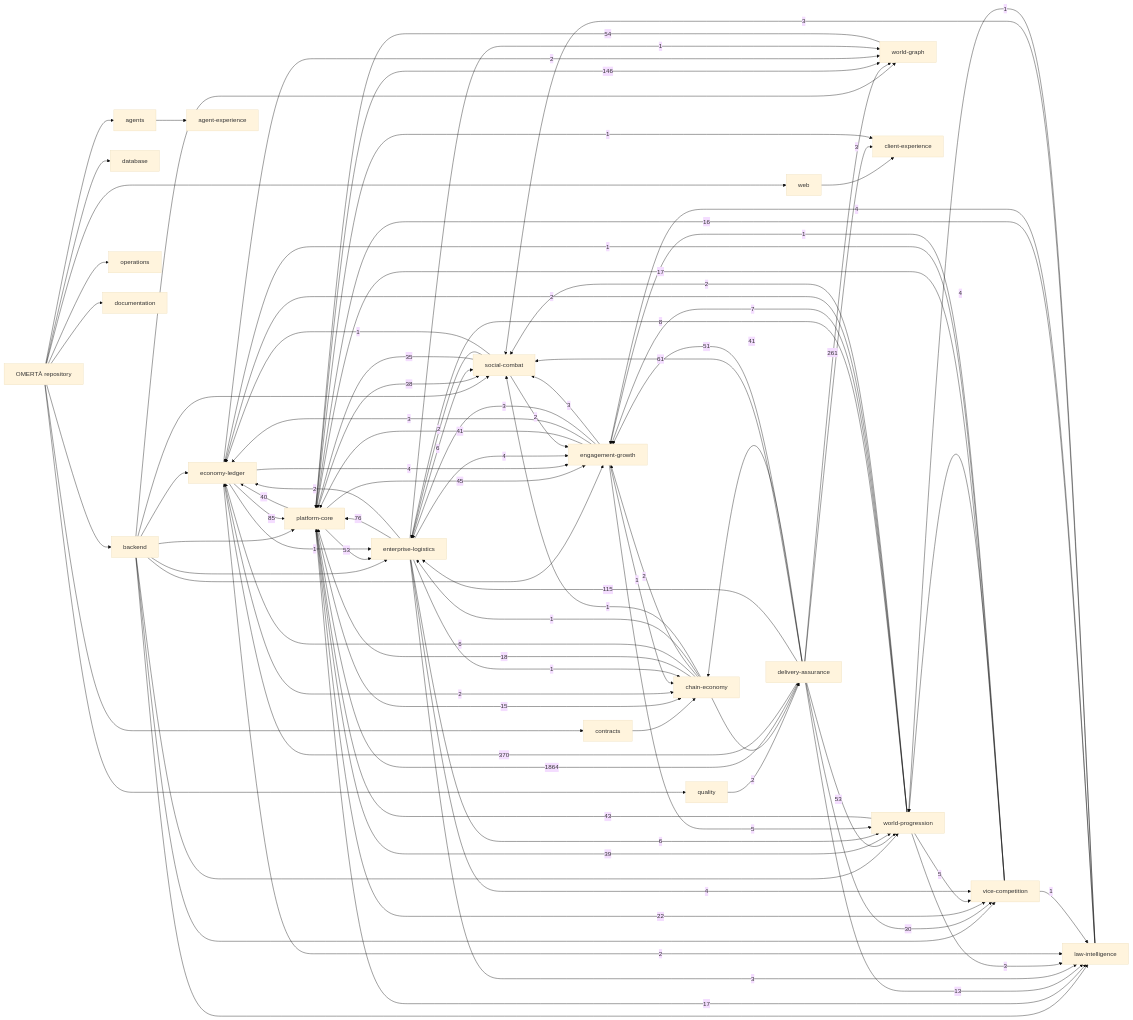
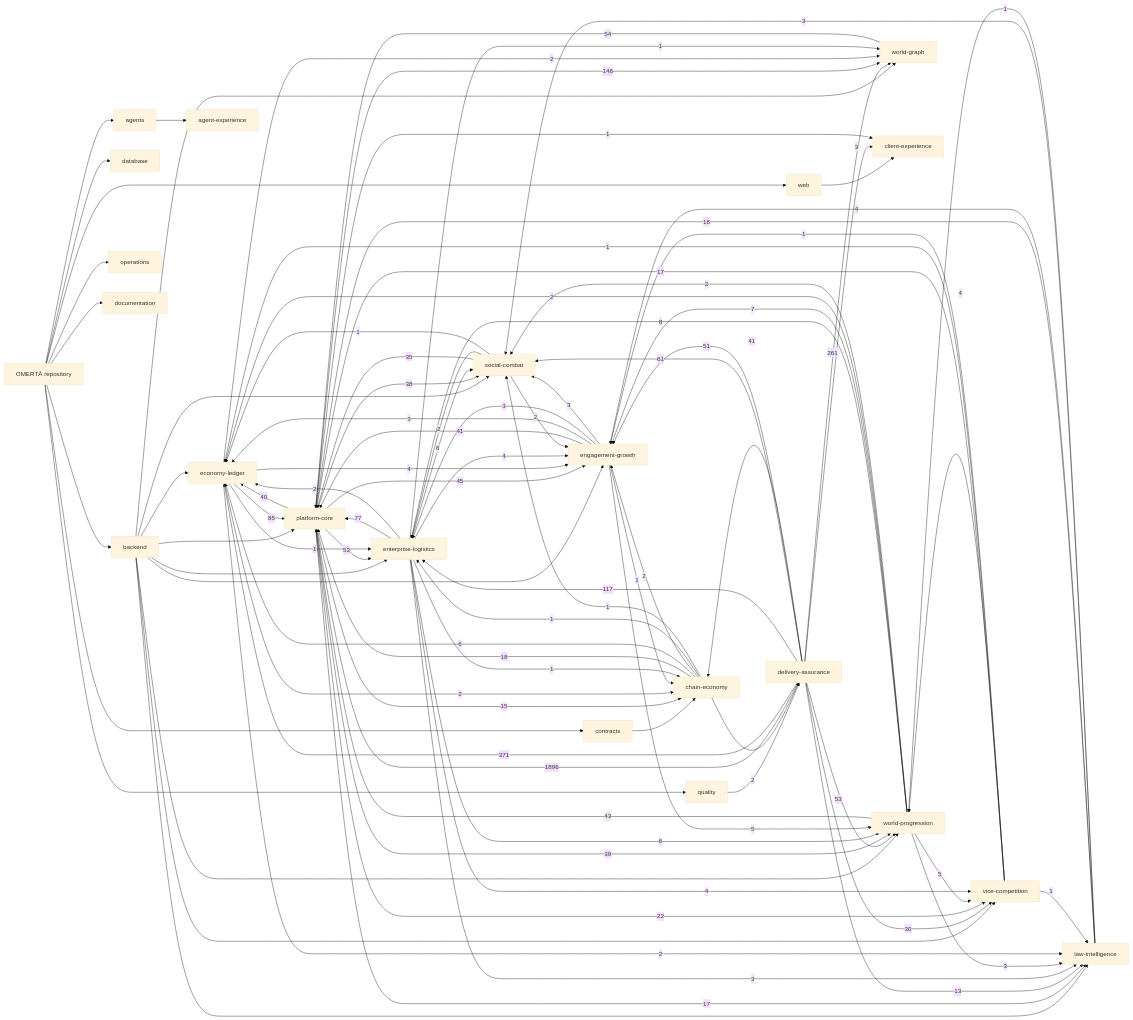
One commit to OmertaDev/Omerta changed the diagram in knowledge/generated/graph.mmd. Above: the diagram before and after it, drawn with Mermaid (base theme). The commit also changed 9 other files, not shown here.

```diff
--- a/knowledge/generated/graph.mmd
+++ b/knowledge/generated/graph.mmd
@@ -1,113 +1,113 @@
 flowchart LR
   repo["OMERTÀ repository"]
   sub_backend["backend"]
   repo --> sub_backend
   sub_database["database"]
   repo --> sub_database
   sub_web["web"]
   repo --> sub_web
   sub_contracts["contracts"]
   repo --> sub_contracts
   sub_agents["agents"]
   repo --> sub_agents
   sub_quality["quality"]
   repo --> sub_quality
   sub_operations["operations"]
   repo --> sub_operations
   sub_documentation["documentation"]
   repo --> sub_documentation
   dom_platform-core["platform-core"]
   dom_economy-ledger["economy-ledger"]
   dom_social-combat["social-combat"]
   dom_world-progression["world-progression"]
   dom_world-graph["world-graph"]
   dom_enterprise-logistics["enterprise-logistics"]
   dom_vice-competition["vice-competition"]
   dom_law-intelligence["law-intelligence"]
   dom_chain-economy["chain-economy"]
   dom_engagement-growth["engagement-growth"]
   dom_client-experience["client-experience"]
   dom_agent-experience["agent-experience"]
   dom_delivery-assurance["delivery-assurance"]
   sub_agents --> dom_agent-experience
   sub_backend --> dom_economy-ledger
   sub_backend --> dom_engagement-growth
   sub_backend --> dom_enterprise-logistics
   sub_backend --> dom_law-intelligence
   sub_backend --> dom_platform-core
   sub_backend --> dom_social-combat
   sub_backend --> dom_vice-competition
   sub_backend --> dom_world-graph
   sub_backend --> dom_world-progression
   sub_contracts --> dom_chain-economy
   sub_quality --> dom_delivery-assurance
   sub_web --> dom_client-experience
-  dom_delivery-assurance -->|1864| dom_platform-core
-  dom_delivery-assurance -->|370| dom_economy-ledger
+  dom_delivery-assurance -->|1896| dom_platform-core
+  dom_delivery-assurance -->|371| dom_economy-ledger
   dom_delivery-assurance -->|261| dom_world-graph
   dom_platform-core -->|146| dom_world-graph
-  dom_delivery-assurance -->|115| dom_enterprise-logistics
+  dom_delivery-assurance -->|117| dom_enterprise-logistics
   dom_economy-ledger -->|85| dom_platform-core
-  dom_enterprise-logistics -->|76| dom_platform-core
+  dom_enterprise-logistics -->|77| dom_platform-core
   dom_delivery-assurance -->|61| dom_social-combat
   dom_world-graph -->|54| dom_platform-core
   dom_delivery-assurance -->|53| dom_world-progression
   dom_platform-core -->|53| dom_enterprise-logistics
   dom_delivery-assurance -->|51| dom_engagement-growth
   dom_platform-core -->|45| dom_engagement-growth
   dom_world-progression -->|43| dom_platform-core
   dom_delivery-assurance -->|41| dom_chain-economy
   dom_engagement-growth -->|41| dom_platform-core
   dom_platform-core -->|40| dom_economy-ledger
   dom_platform-core -->|39| dom_world-progression
   dom_platform-core -->|38| dom_social-combat
   dom_social-combat -->|35| dom_platform-core
   dom_delivery-assurance -->|30| dom_vice-competition
   dom_platform-core -->|22| dom_vice-competition
   dom_chain-economy -->|18| dom_platform-core
   dom_platform-core -->|17| dom_law-intelligence
   dom_vice-competition -->|17| dom_platform-core
   dom_law-intelligence -->|16| dom_platform-core
   dom_platform-core -->|15| dom_chain-economy
   dom_delivery-assurance -->|13| dom_law-intelligence
   dom_world-progression -->|8| dom_enterprise-logistics
   dom_world-progression -->|7| dom_engagement-growth
   dom_chain-economy -->|6| dom_economy-ledger
   dom_enterprise-logistics -->|6| dom_social-combat
   dom_enterprise-logistics -->|6| dom_world-progression
   dom_engagement-growth -->|5| dom_world-progression
   dom_world-progression -->|5| dom_vice-competition
   dom_economy-ledger -->|4| dom_engagement-growth
   dom_enterprise-logistics -->|4| dom_engagement-growth
   dom_enterprise-logistics -->|4| dom_vice-competition
   dom_law-intelligence -->|4| dom_engagement-growth
   dom_vice-competition -->|4| dom_world-progression
   dom_delivery-assurance -->|3| dom_client-experience
   dom_engagement-growth -->|3| dom_economy-ledger
   dom_engagement-growth -->|3| dom_enterprise-logistics
   dom_engagement-growth -->|3| dom_social-combat
   dom_enterprise-logistics -->|3| dom_law-intelligence
   dom_law-intelligence -->|3| dom_social-combat
   dom_world-progression -->|3| dom_law-intelligence
   dom_chain-economy -->|2| dom_delivery-assurance
   dom_chain-economy -->|2| dom_engagement-growth
   dom_economy-ledger -->|2| dom_chain-economy
   dom_economy-ledger -->|2| dom_law-intelligence
   dom_economy-ledger -->|2| dom_world-graph
   dom_enterprise-logistics -->|2| dom_economy-ledger
   dom_social-combat -->|2| dom_engagement-growth
   dom_social-combat -->|2| dom_enterprise-logistics
   dom_world-progression -->|2| dom_economy-ledger
   dom_world-progression -->|2| dom_social-combat
   dom_chain-economy -->|1| dom_enterprise-logistics
   dom_chain-economy -->|1| dom_social-combat
   dom_economy-ledger -->|1| dom_enterprise-logistics
   dom_engagement-growth -->|1| dom_chain-economy
   dom_enterprise-logistics -->|1| dom_chain-economy
   dom_enterprise-logistics -->|1| dom_world-graph
   dom_law-intelligence -->|1| dom_world-progression
   dom_platform-core -->|1| dom_client-experience
   dom_social-combat -->|1| dom_economy-ledger
   dom_vice-competition -->|1| dom_economy-ledger
   dom_vice-competition -->|1| dom_engagement-growth
   dom_vice-competition -->|1| dom_law-intelligence
```
